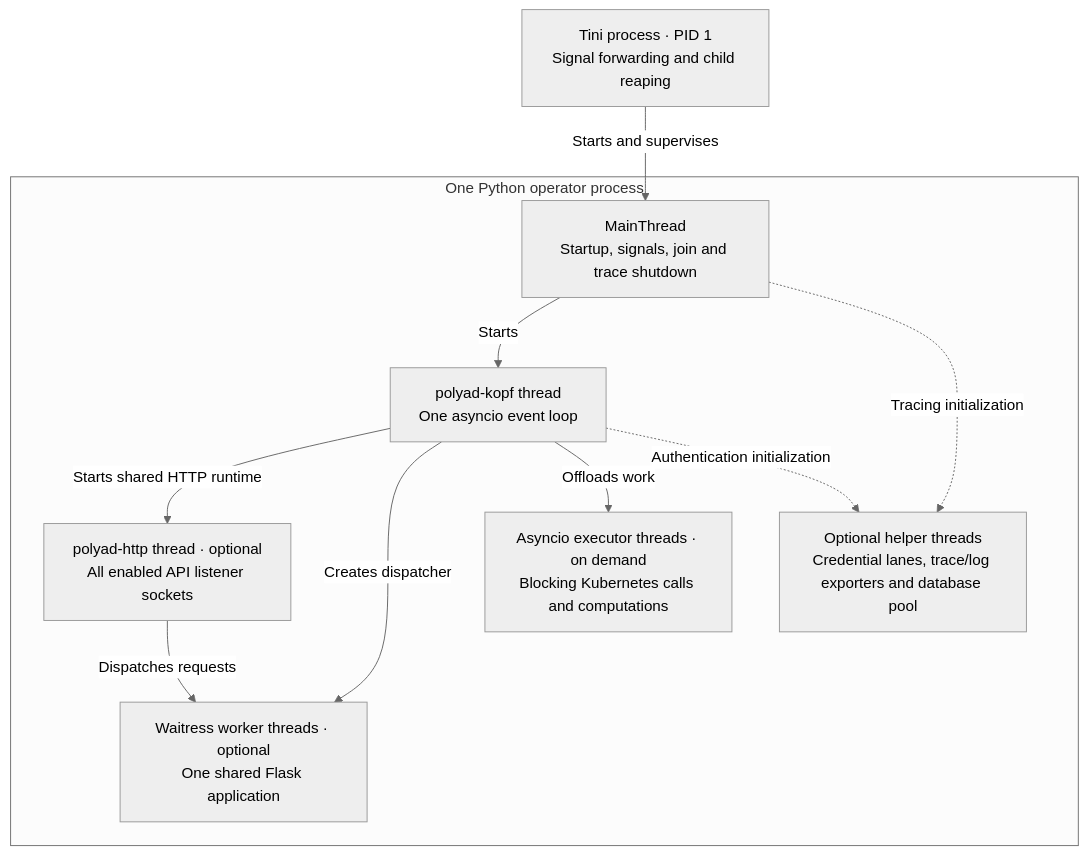
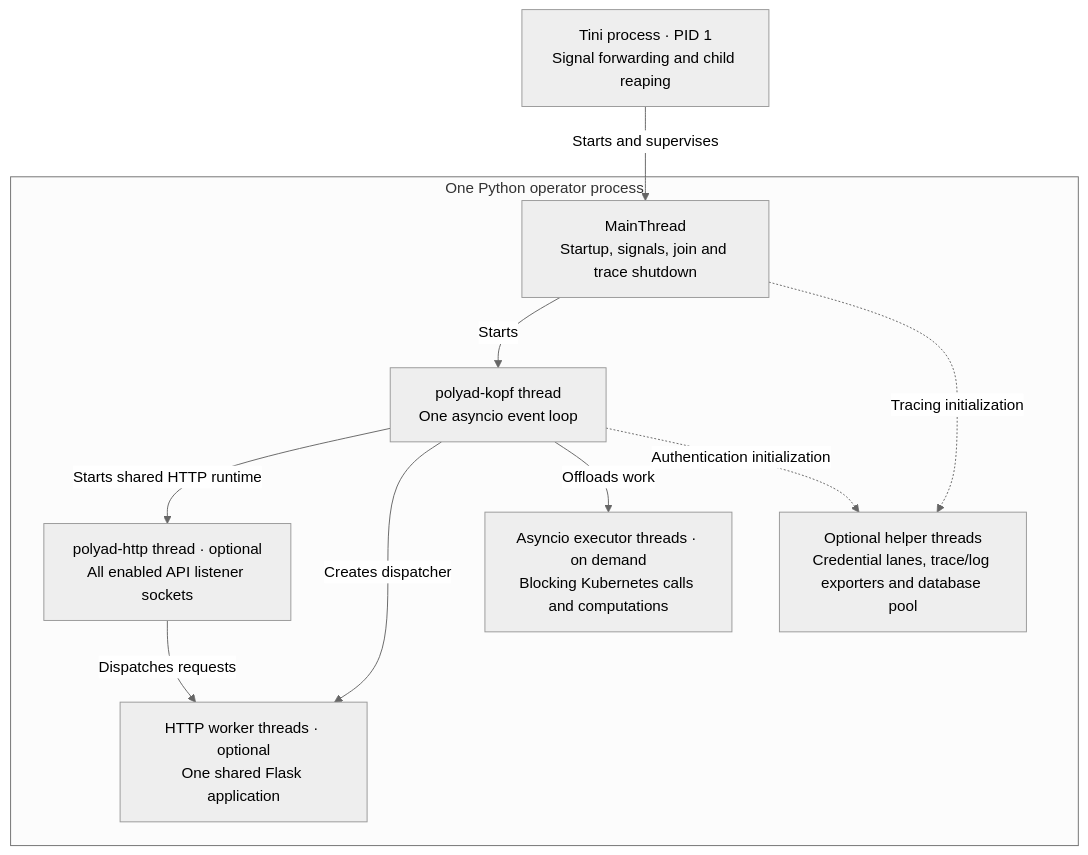
One commit to astrivant/polyad changed the first of 3 diagrams in docs/deployment/process-hierarchy.md. Above: the diagram before and after it, drawn with Mermaid (neutral theme). The commit also changed other lines of this file and 75 other files, not shown here.

````diff
--- a/docs/deployment/process-hierarchy.md
+++ b/docs/deployment/process-hierarchy.md
@@ -26,20 +26,20 @@
 ```mermaid
 flowchart TB
     tini["Tini process · PID 1<br/>Signal forwarding and child reaping"]
     subgraph python["One Python operator process"]
         main["MainThread<br/>Startup, signals, join and trace shutdown"]
         kopf["polyad-kopf thread<br/>One asyncio event loop"]
         http["polyad-http thread · optional<br/>All enabled API listener sockets"]
-        wsgi["Waitress worker threads · optional<br/>One shared Flask application"]
+        wsgi["HTTP worker threads · optional<br/>One shared Flask application"]
         executor["Asyncio executor threads · on demand<br/>Blocking Kubernetes calls and computations"]
         helpers["Optional helper threads<br/>Credential lanes, trace/log exporters and database pool"]
         main -->|"Starts"| kopf
         kopf -->|"Starts shared HTTP runtime"| http
         kopf -->|"Creates dispatcher"| wsgi
         kopf -->|"Offloads work"| executor
         main -. "Tracing initialization" .-> helpers
         kopf -. "Authentication initialization" .-> helpers
         http -->|"Dispatches requests"| wsgi
     end
     tini -->|"Starts and supervises"| main
 ```
````
